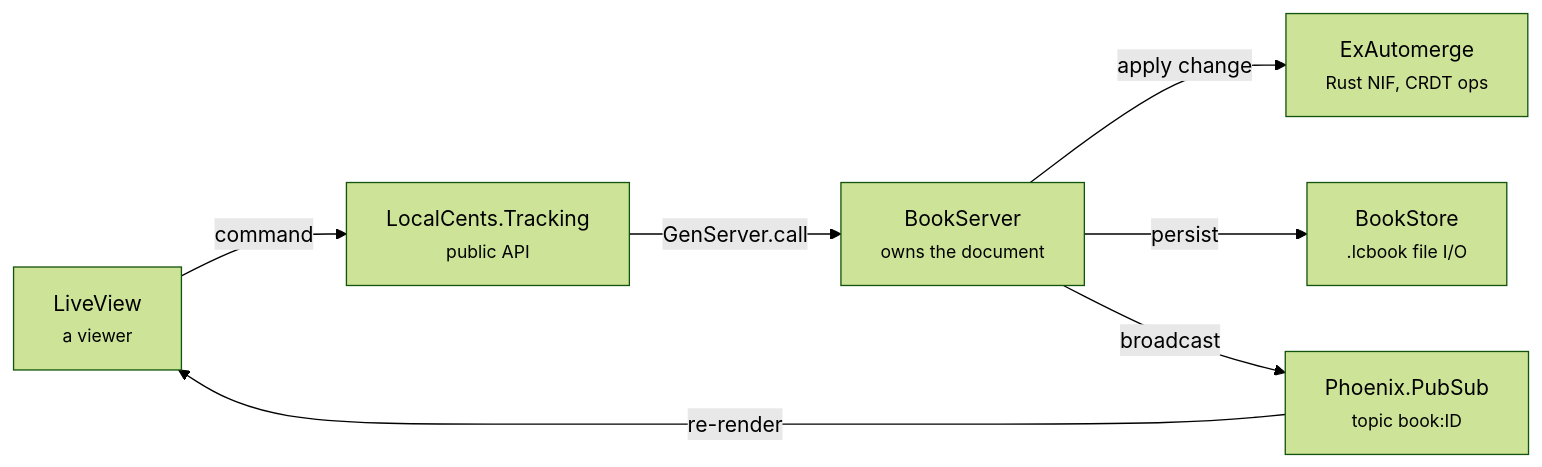
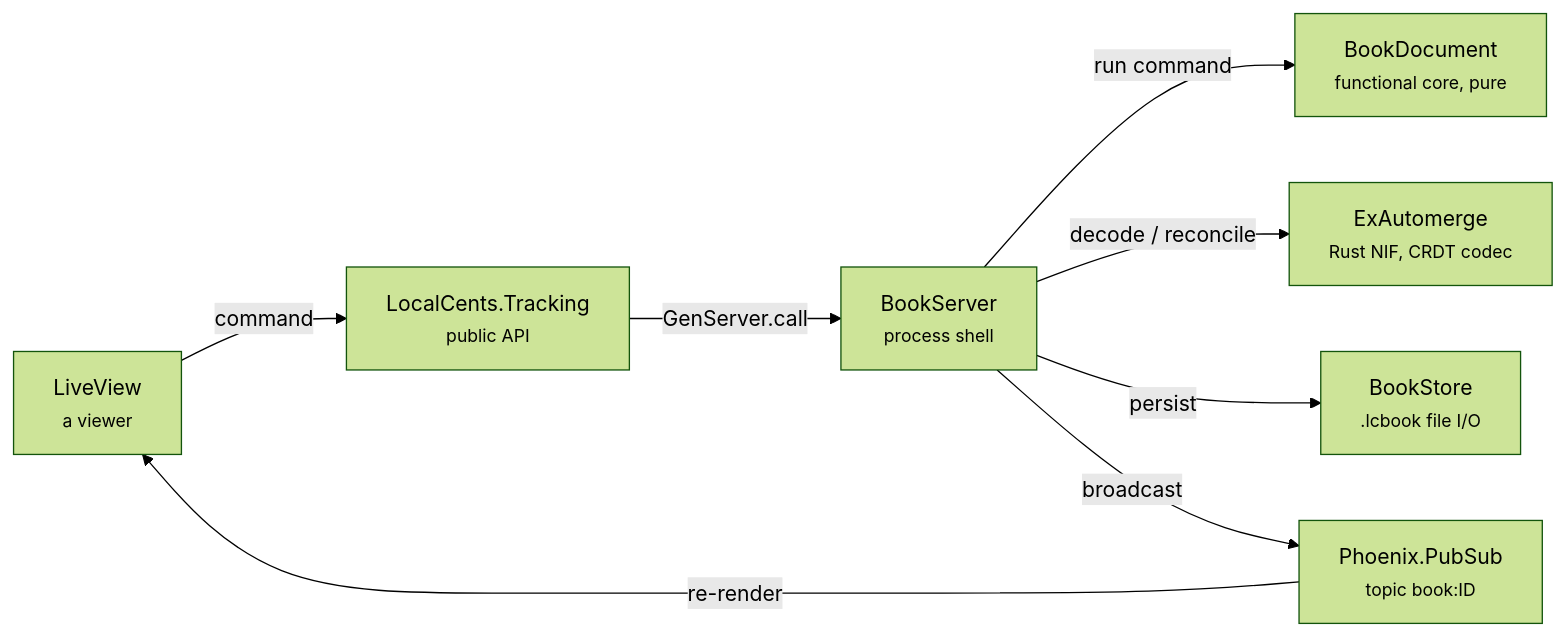
Before and after one commit to zorn/local_cents: the second of 5 diagrams in docs/book-runtime-architecture.md, drawn with Mermaid (forest theme). The commit also changed other lines of this file and 23 other files, not shown here.

First line of the commit message:
feat: build the Expense domain model on a functional core (#106)

````diff
--- a/docs/book-runtime-architecture.md
+++ b/docs/book-runtime-architecture.md
@@ -82,16 +90,18 @@
 ```mermaid
 graph LR
     LV["LiveView<br/><small>a viewer</small>"]
     API["LocalCents.Tracking<br/><small>public API</small>"]
-    BSrv["BookServer<br/><small>owns the document</small>"]
-    Auto["ExAutomerge<br/><small>Rust NIF, CRDT ops</small>"]
+    BSrv["BookServer<br/><small>process shell</small>"]
+    BD["BookDocument<br/><small>functional core, pure</small>"]
+    Auto["ExAutomerge<br/><small>Rust NIF, CRDT codec</small>"]
     Store["BookStore<br/><small>.lcbook file I/O</small>"]
     PS["Phoenix.PubSub<br/><small>topic book:ID</small>"]
 
     LV -->|command| API
     API -->|GenServer.call| BSrv
-    BSrv -->|apply change| Auto
+    BSrv -->|run command| BD
+    BSrv -->|decode / reconcile| Auto
     BSrv -->|persist| Store
     BSrv -->|broadcast| PS
     PS -->|re-render| LV
 ```
````
